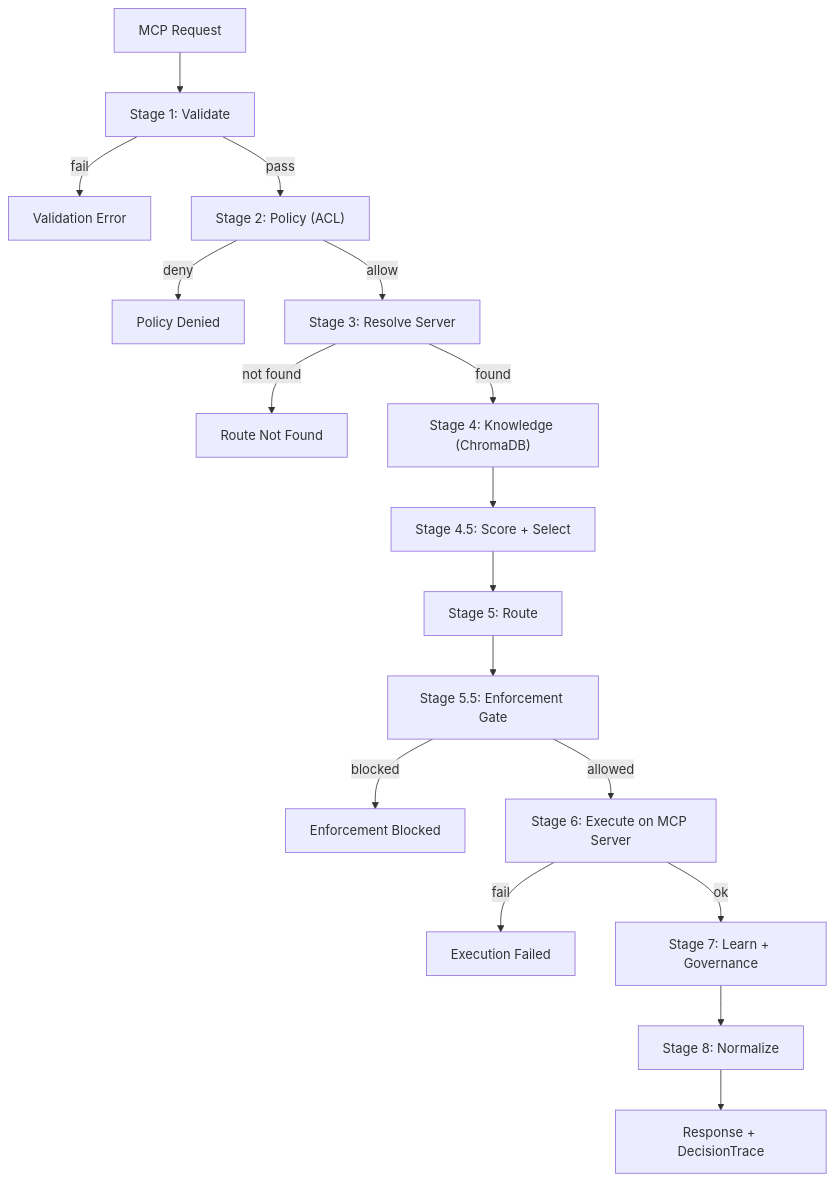
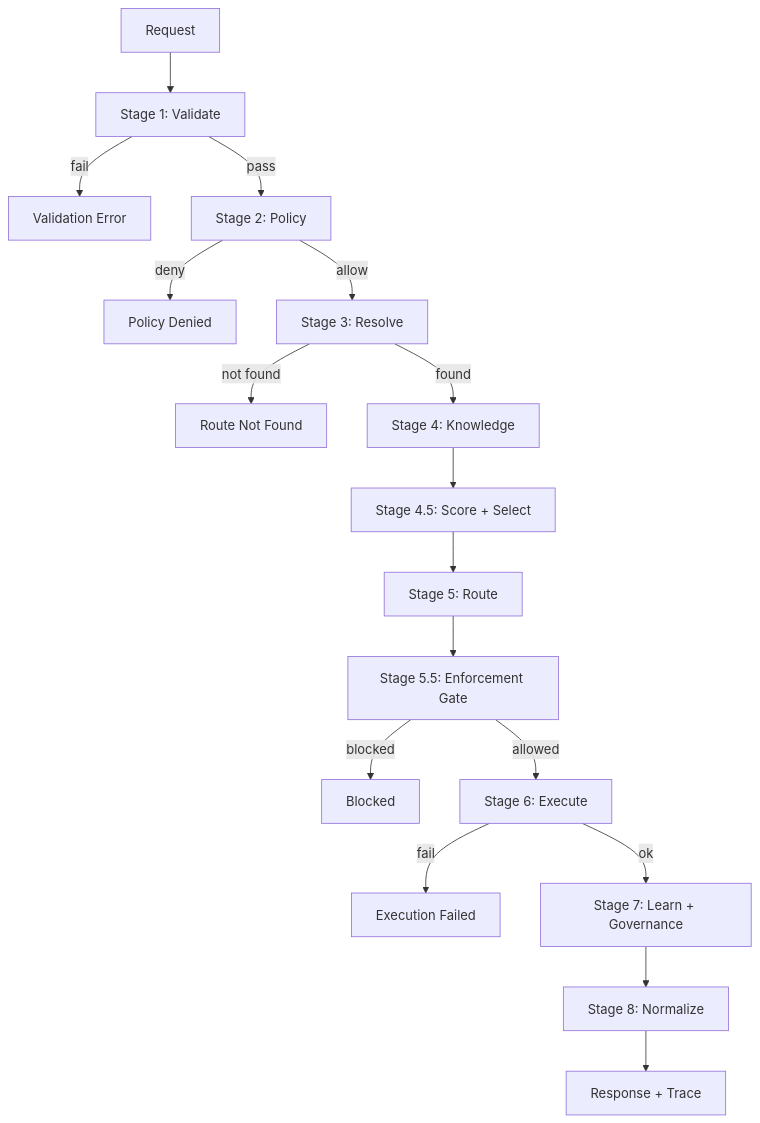
One commit to AlHarisTech/ai-workstation-core changed the third of 5 diagrams in architecture-pack/ARCHITECTURE.md. Above: the diagram before and after it, drawn with Mermaid. The commit also changed other lines of this file and 1 other file, not shown here.

First line of the commit message:
upgrade architecture-pack: add sequence diagrams, JSON schemas, component deep specs, enhanced C4

````diff
--- a/architecture-pack/ARCHITECTURE.md
+++ b/architecture-pack/ARCHITECTURE.md
@@ -150,19 +97,19 @@
 ```mermaid
 flowchart TD
-    A["MCP Request"] --> B["Stage 1: Validate"]
+    A["Request"] --> B["Stage 1: Validate"]
     B -->|fail| ERR1["Validation Error"]
-    B -->|pass| C["Stage 2: Policy (ACL)"]
+    B -->|pass| C["Stage 2: Policy"]
     C -->|deny| ERR2["Policy Denied"]
-    C -->|allow| D["Stage 3: Resolve Server"]
+    C -->|allow| D["Stage 3: Resolve"]
     D -->|not found| ERR3["Route Not Found"]
-    D -->|found| E["Stage 4: Knowledge (ChromaDB)"]
+    D -->|found| E["Stage 4: Knowledge"]
     E --> F["Stage 4.5: Score + Select"]
     F --> G["Stage 5: Route"]
     G --> H["Stage 5.5: Enforcement Gate"]
-    H -->|blocked| ERR4["Enforcement Blocked"]
-    H -->|allowed| I["Stage 6: Execute on MCP Server"]
+    H -->|blocked| ERR4["Blocked"]
+    H -->|allowed| I["Stage 6: Execute"]
     I -->|fail| ERR5["Execution Failed"]
     I -->|ok| J["Stage 7: Learn + Governance"]
     J --> K["Stage 8: Normalize"]
-    K --> L["Response + DecisionTrace"]
+    K --> L["Response + Trace"]
 ```
````
